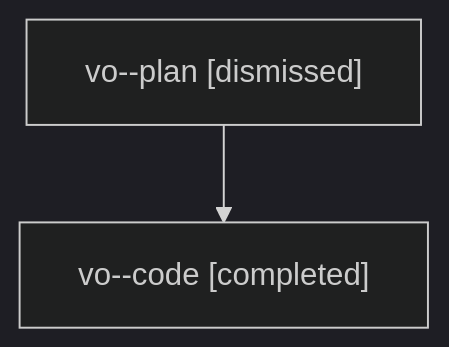
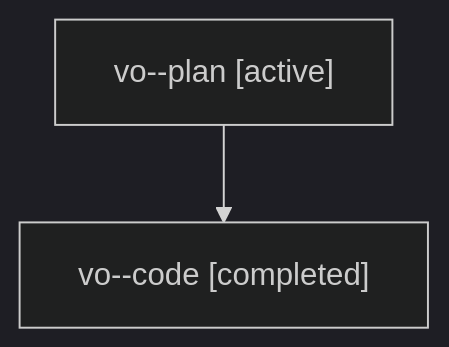
Before and after one commit to sase-org/sase--agents: the diagram in families/bbugyi200.athena.vo.md, drawn with Mermaid (dark theme). The commit also changed other lines of this file and 35830 other files, not shown here.

````diff
--- a/families/bbugyi200.athena.vo.md
+++ b/families/bbugyi200.athena.vo.md
@@ -9,6 +9,6 @@
 ```mermaid
 flowchart TD
-  n0["vo--plan [dismissed]"]
+  n0["vo--plan [active]"]
   n1["vo--code [completed]"]
   n0 --> n1
 ```
````
